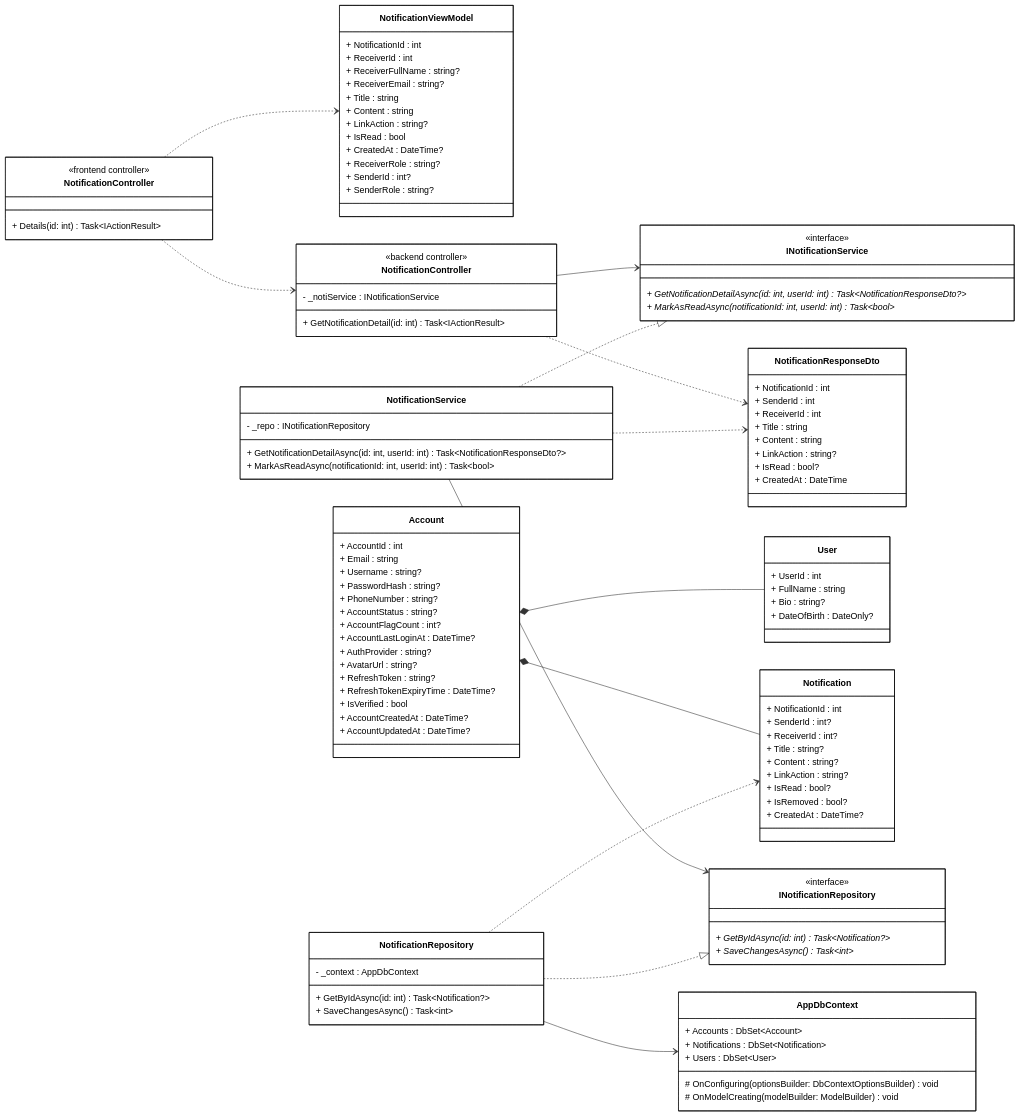
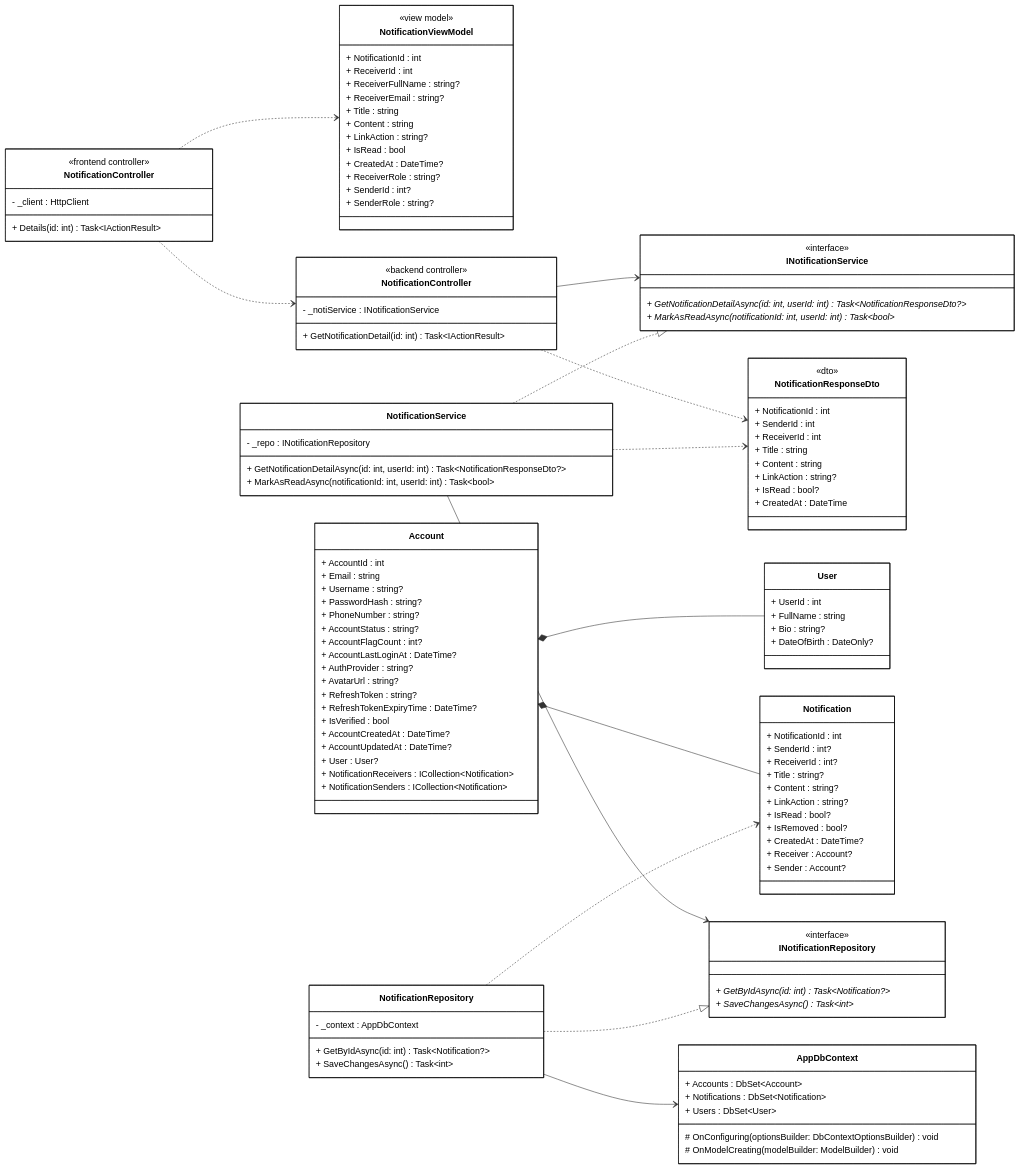
Before and after one commit to 1000do/Linked: the diagram in diagrams/class_mermaid/notification/cls_mm_view_notification_detail.mmd, drawn with Mermaid. The commit also changed 29 other files, not shown here.

Commit message:
docs: add comprehensive mermaid class diagrams for core system features and update admin layout view

```diff
--- a/diagrams/class_mermaid/notification/cls_mm_view_notification_detail.mmd
+++ b/diagrams/class_mermaid/notification/cls_mm_view_notification_detail.mmd
@@ -1,152 +1,161 @@
 classDiagram
 direction LR
 
 %% ==================== FRONTEND ====================
 
-class NotificationControllerFE["NotificationController"] {
+class FrontendController["NotificationController"] {
     <<frontend controller>>
+    - _client : HttpClient
     + Details(id: int) Task~IActionResult~
 }
 
 class NotificationViewModel {
+    <<view model>>
     + NotificationId : int
     + ReceiverId : int
     + ReceiverFullName : string?
     + ReceiverEmail : string?
     + Title : string
     + Content : string
     + LinkAction : string?
     + IsRead : bool
     + CreatedAt : DateTime?
     + ReceiverRole : string?
     + SenderId : int?
     + SenderRole : string?
 }
 
 %% ==================== BACKEND - CONTROLLER ====================
 
-class NotificationControllerBE["NotificationController"] {
+class BackendController["NotificationController"] {
     <<backend controller>>
     - _notiService : INotificationService
     + GetNotificationDetail(id: int) Task~IActionResult~
 }
 
 %% ==================== BACKEND - DTOs ====================
 
 class NotificationResponseDto {
+    <<dto>>
     + NotificationId : int
     + SenderId : int
     + ReceiverId : int
     + Title : string
     + Content : string
     + LinkAction : string?
     + IsRead : bool?
     + CreatedAt : DateTime
 }
 
 %% ==================== BACKEND - DOMAIN ENTITIES ====================
 
 class Notification {
     + NotificationId : int
     + SenderId : int?
     + ReceiverId : int?
     + Title : string?
     + Content : string?
     + LinkAction : string?
     + IsRead : bool?
     + IsRemoved : bool?
     + CreatedAt : DateTime?
+    + Receiver : Account?
+    + Sender : Account?
 }
 
 class Account {
     + AccountId : int
     + Email : string
     + Username : string?
     + PasswordHash : string?
     + PhoneNumber : string?
     + AccountStatus : string?
     + AccountFlagCount : int?
     + AccountLastLoginAt : DateTime?
     + AuthProvider : string?
     + AvatarUrl : string?
     + RefreshToken : string?
     + RefreshTokenExpiryTime : DateTime?
     + IsVerified : bool
     + AccountCreatedAt : DateTime?
     + AccountUpdatedAt : DateTime?
+    + User : User?
+    + NotificationReceivers : ICollection~Notification~
+    + NotificationSenders : ICollection~Notification~
 }
 
 class User {
     + UserId : int
     + FullName : string
     + Bio : string?
     + DateOfBirth : DateOnly?
 }
 
 %% ==================== BACKEND - SERVICE INTERFACES ====================
 
 class INotificationService {
     <<interface>>
     + GetNotificationDetailAsync(id: int, userId: int) Task~NotificationResponseDto?~ *
     + MarkAsReadAsync(notificationId: int, userId: int) Task~bool~ *
 }
 
 %% ==================== BACKEND - REPOSITORY INTERFACES ====================
 
 class INotificationRepository {
     <<interface>>
     + GetByIdAsync(id: int) Task~Notification?~ *
     + SaveChangesAsync() Task~int~ *
 }
 
 %% ==================== BACKEND - SERVICE IMPLEMENTATION ====================
 
 class NotificationService {
     - _repo : INotificationRepository
     + GetNotificationDetailAsync(id: int, userId: int) Task~NotificationResponseDto?~
     + MarkAsReadAsync(notificationId: int, userId: int) Task~bool~
 }
 
 %% ==================== BACKEND - REPOSITORY IMPLEMENTATION ====================
 
 class NotificationRepository {
     - _context : AppDbContext
     + GetByIdAsync(id: int) Task~Notification?~
     + SaveChangesAsync() Task~int~
 }
 
 %% ==================== BACKEND - DbContext ====================
 
 class AppDbContext {
     + Accounts : DbSet~Account~
     + Notifications : DbSet~Notification~
     + Users : DbSet~User~
+    
     # OnConfiguring(optionsBuilder: DbContextOptionsBuilder) void
     # OnModelCreating(modelBuilder: ModelBuilder) void
 }
 
 %% ==================== RELATIONSHIPS ====================
 
-%% === COMPOSITION ===
+%% === COMPOSITION (filled diamond) ===
 Account *-- User
 Account *-- Notification
 
-%% === UNIDIRECTIONAL ASSOCIATION ===
-NotificationControllerBE --> INotificationService
+%% === UNIDIRECTIONAL ASSOCIATION (solid arrow) ===
+BackendController --> INotificationService
 NotificationService --> INotificationRepository
 NotificationRepository --> AppDbContext
 
 %% === INTERFACE REALIZATION ===
 NotificationService ..|> INotificationService
 NotificationRepository ..|> INotificationRepository
 
-%% === DEPENDENCY ===
-NotificationControllerFE ..> NotificationControllerBE
-NotificationControllerFE ..> NotificationViewModel
-NotificationControllerBE ..> NotificationResponseDto
+%% === DEPENDENCY (dashed arrows) ===
+FrontendController ..> BackendController
+FrontendController ..> NotificationViewModel
+BackendController ..> NotificationResponseDto
 NotificationService ..> NotificationResponseDto
 NotificationRepository ..> Notification
 
 %% ==================== STYLES ====================
 
 classDef default fill:#FFFFFF,stroke:#000000,stroke-width:1px,color:#000000
```
